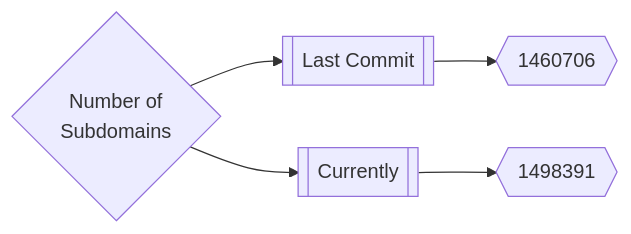
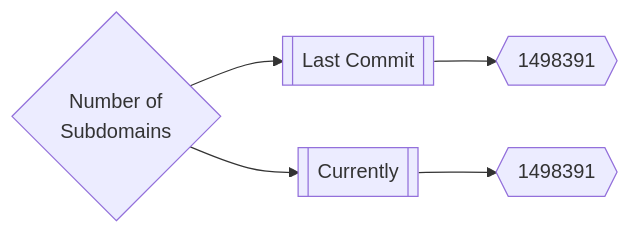
Before and after one commit to trickest/inventory: the first of 3 diagrams in README.md, drawn with Mermaid. The commit also changed 2 other files, not shown here.

Commit message:
Update Sat Apr 16 13:51:17 UTC 2022

````diff
--- a/README.md
+++ b/README.md
@@ -165,5 +165,5 @@
 ```mermaid
 graph LR
-title{Number of<br>Subdomains} --> subdomainsDate1[[Last Commit]] --> subdomainsNum1{{1460706}}
+title{Number of<br>Subdomains} --> subdomainsDate1[[Last Commit]] --> subdomainsNum1{{1498391}}
 title --> subdomainsDate2[[Currently]] --> subdomainsNum2{{1498391}}
 ```
````
